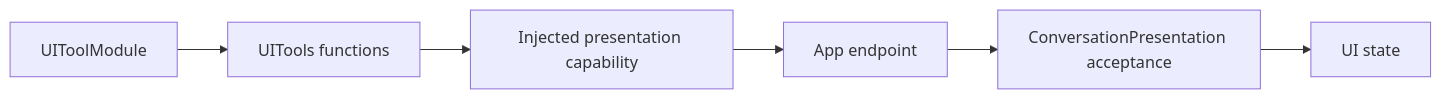
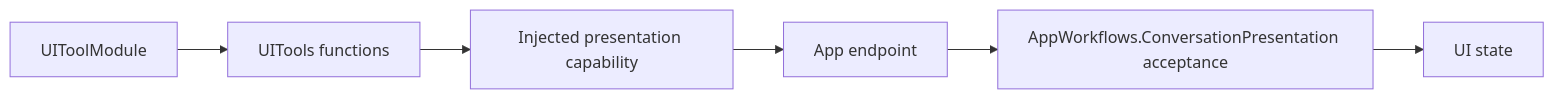
The diagram in MobileHarness/Tools/UI/Support/README.md (devilyouwei/MobileHarness), drawn with Mermaid before and after one commit. The commit also changed other lines of this file and 124 other files, not shown here.

````diff
--- a/MobileHarness/Tools/UI/Support/README.md
+++ b/MobileHarness/Tools/UI/Support/README.md
@@ -10,8 +10,8 @@
 ```mermaid
 flowchart LR
     Module[UIToolModule] --> Entries[UITools functions]
     Entries --> Capability[Injected presentation capability]
     Capability --> Adapter[App endpoint]
-    Adapter --> Policy[ConversationPresentation acceptance]
+    Adapter --> Policy[AppWorkflows.ConversationPresentation acceptance]
     Policy --> State[UI state]
 ```
````
